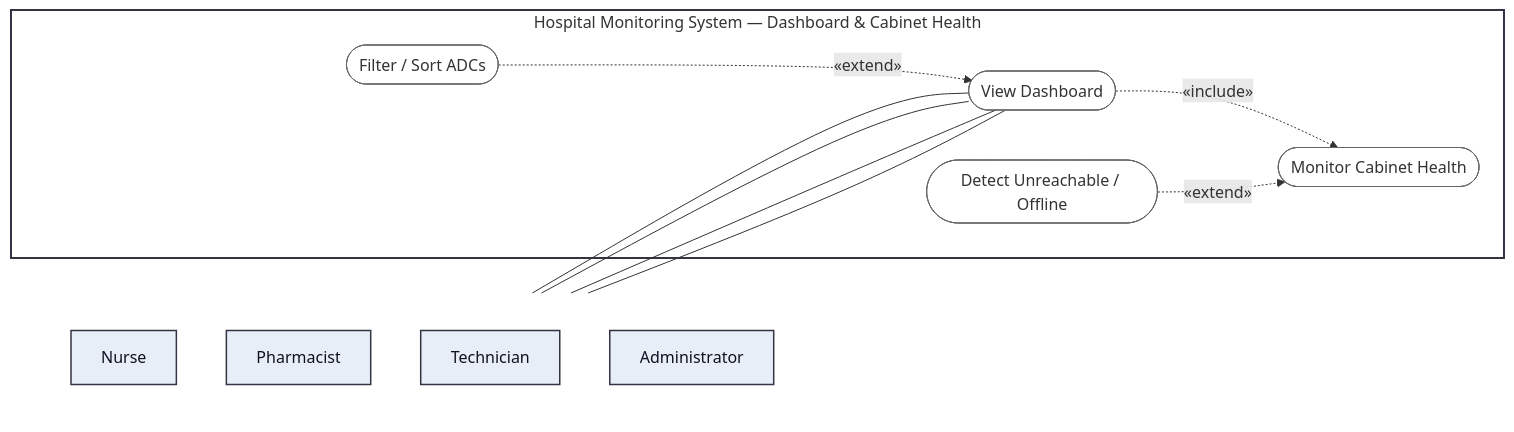
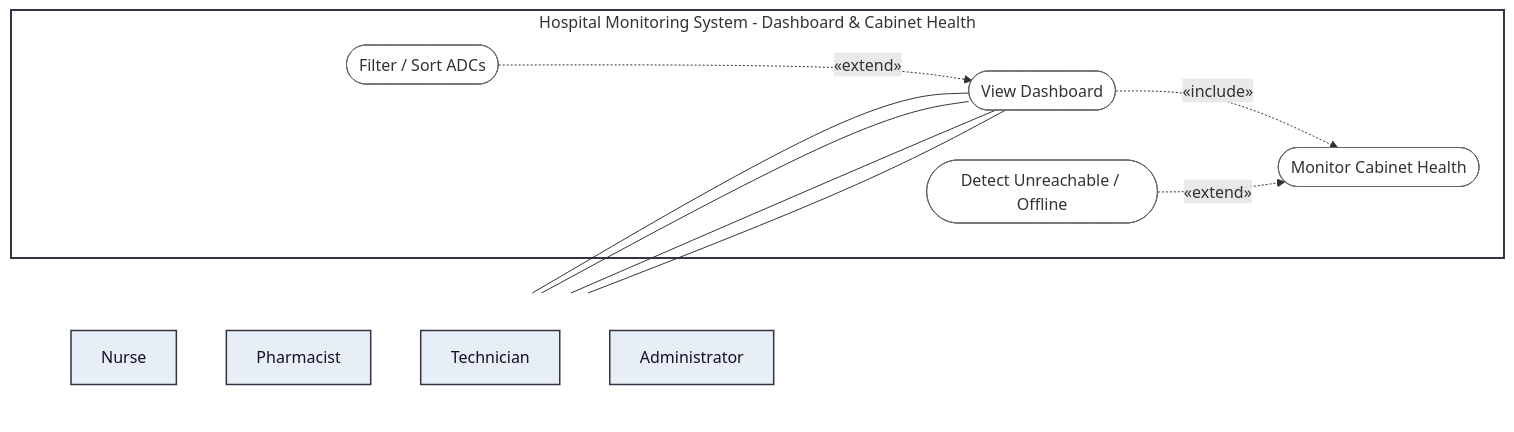
Before and after one commit to LukaMrt/3K04-project: the third of 7 diagrams in docs/part-b/diagrams/use-case-diagram.md, drawn with Mermaid. The commit also changed other lines of this file and 14 other files, not shown here.

````diff
--- a/docs/part-b/diagrams/use-case-diagram.md
+++ b/docs/part-b/diagrams/use-case-diagram.md
@@ -81,33 +81,33 @@
 ```mermaid
 flowchart LR
     subgraph Actors[" "]
         direction TB
         Nurse["Nurse"]
         Pharmacist["Pharmacist"]
         Technician["Technician"]
         Admin["Administrator"]
     end
 
-    subgraph MS["Hospital Monitoring System — Dashboard & Cabinet Health"]
+    subgraph MS["Hospital Monitoring System - Dashboard & Cabinet Health"]
         ViewDash(["View Dashboard"])
         FilterSort(["Filter / Sort ADCs"])
         MonitorHealth(["Monitor Cabinet Health"])
         DetectOffline(["Detect Unreachable / Offline"])
     end
 
     Nurse --- ViewDash
     Pharmacist --- ViewDash
     Technician --- ViewDash
     Admin --- ViewDash
 
     ViewDash -. "«include»" .-> MonitorHealth
     FilterSort -. "«extend»" .-> ViewDash
     DetectOffline -. "«extend»" .-> MonitorHealth
 
     classDef actor fill:#e8eef7,stroke:#334,stroke-width:1.5px,color:#112;
     classDef usecase fill:#fff,stroke:#666,stroke-width:1px;
     class Nurse,Pharmacist,Technician,Admin actor;
     class ViewDash,FilterSort,MonitorHealth,DetectOffline usecase;
     style Actors fill:none,stroke:none;
     style MS fill:none,stroke:#334,stroke-width:2px;
 ```
````
